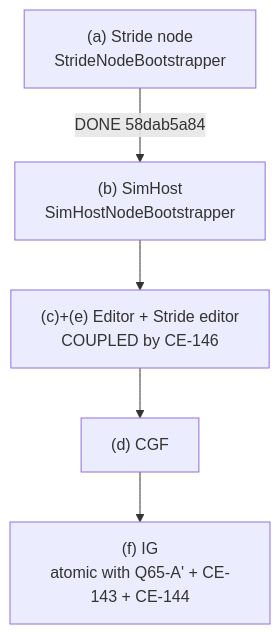
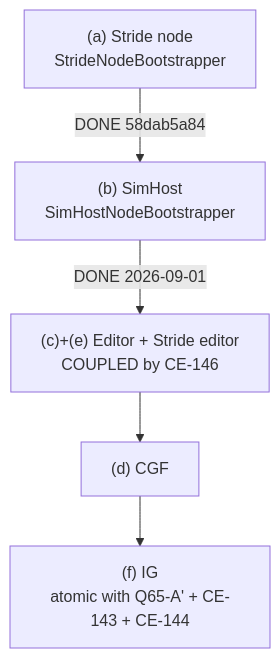
Before and after one commit to pjanec/HROT: the diagram in docs/blueprints/BOOTSTRAP_Entity_Creation_Session.md, drawn with Mermaid. The commit also changed other lines of this file and 4 other files, not shown here.

````diff
--- a/docs/blueprints/BOOTSTRAP_Entity_Creation_Session.md
+++ b/docs/blueprints/BOOTSTRAP_Entity_Creation_Session.md
@@ -93,7 +93,7 @@
 ```mermaid
 graph TD
     A["(a) Stride node<br/>StrideNodeBootstrapper"] -->|DONE 58dab5a84| B["(b) SimHost<br/>SimHostNodeBootstrapper"]
-    B --> CE["(c)+(e) Editor + Stride editor<br/>COUPLED by CE-146"]
+    B -->|DONE 2026-09-01| CE["(c)+(e) Editor + Stride editor<br/>COUPLED by CE-146"]
     CE --> D["(d) CGF"]
     D --> F["(f) IG<br/>atomic with Q65-A' + CE-143 + CE-144"]
 ```
````
